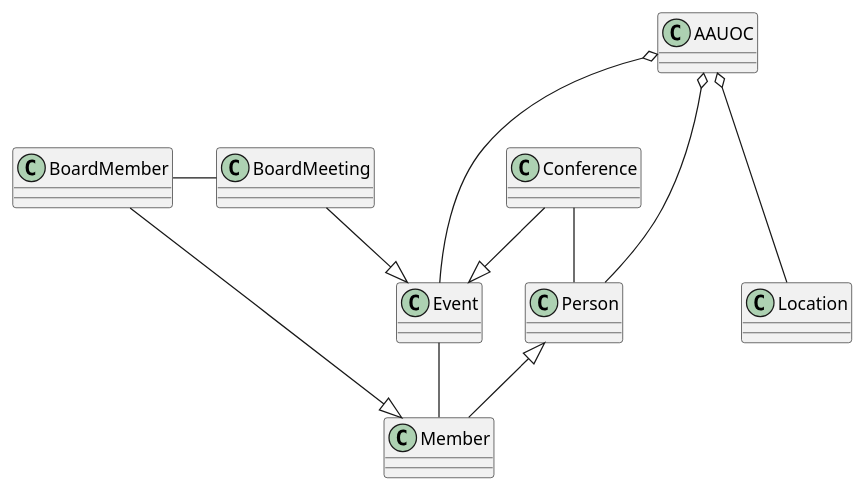
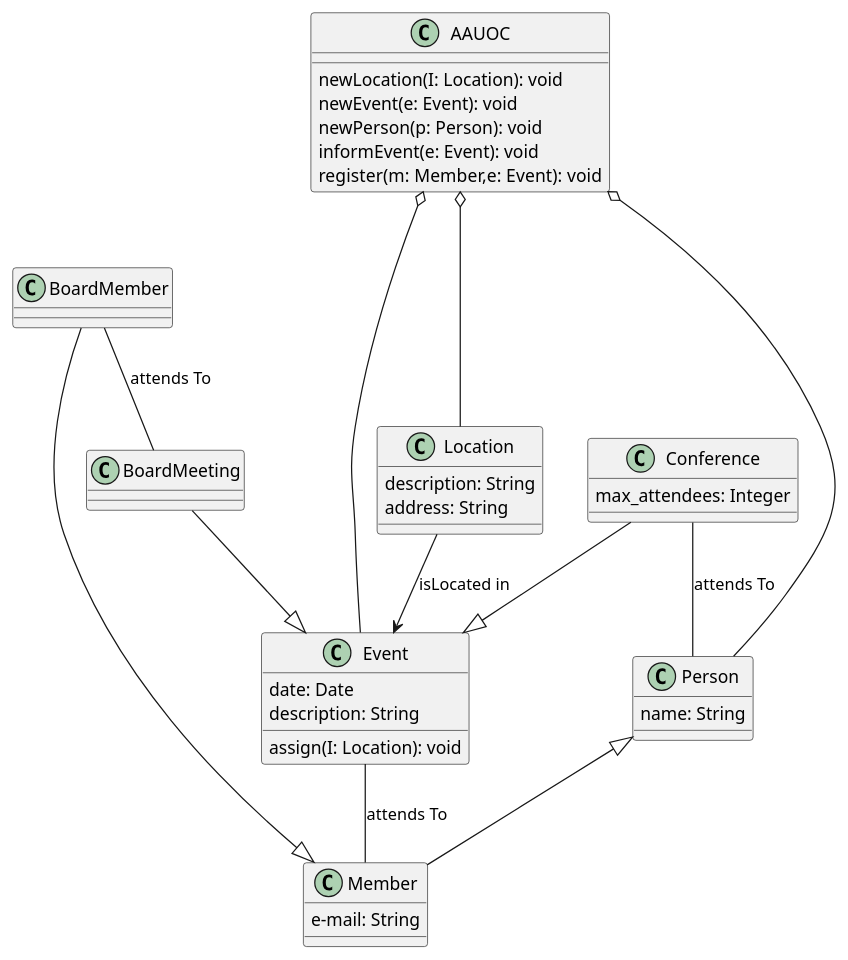
The diagram in src/UMLClasesUOC.puml (AlbertBeto/UMLClasesAlbertPB), drawn with PlantUML before and after one commit. The commit also changed 1 other file, not shown here.

Commit message:
incluyo relaciones y restructuro un poco el diagrama

```diff
--- a/src/UMLClasesUOC.puml
+++ b/src/UMLClasesUOC.puml
@@ -1,37 +1,52 @@
 @startuml
 'https://plantuml.com/class-diagram
 
 class Member {
+e-mail: String
 }
 class BoardMember {
 }
 class Event {
+date: Date
+description: String
+assign(I: Location): void
 }
 class Conference {
+max_attendees: Integer
 }
 class BoardMeeting {
 }
 class Location {
+description: String
+address: String
 }
 class Person {
+name: String
 }
 class AAUOC {
+newLocation(I: Location): void
+newEvent(e: Event): void
+newPerson(p: Person): void
+informEvent(e: Event): void
+register(m: Member,e: Event): void
 }
 
 AAUOC o--- Location
 AAUOC o--- Event
 AAUOC o--- Person
 
 Person <|-- Member
 BoardMember -|> Member
 
 BoardMeeting --|> Event
 
-Event -- Member
+Event -- Member : attends To
 
-BoardMember - BoardMeeting
+BoardMember -- BoardMeeting : attends To
+
+Location --> Event : isLocated in
 
 Conference --|> Event
-Conference -- Person
+Conference -- Person : attends To
 
 @enduml
```
